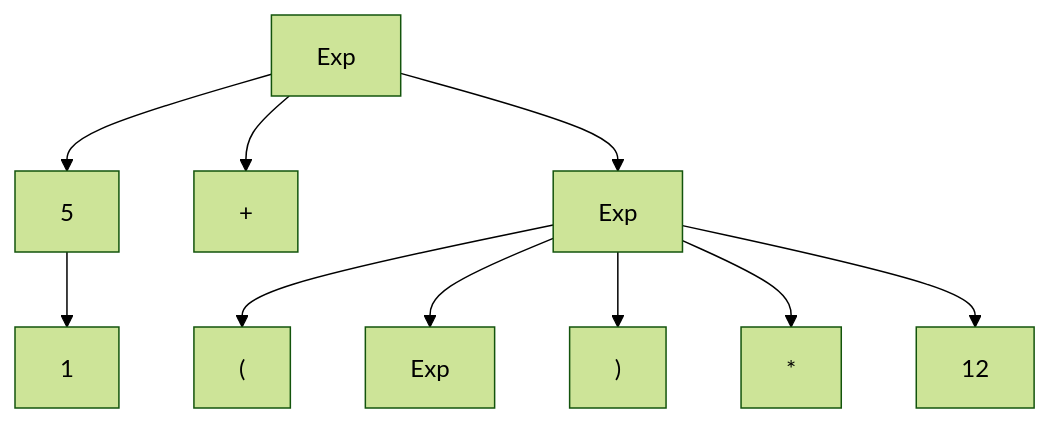
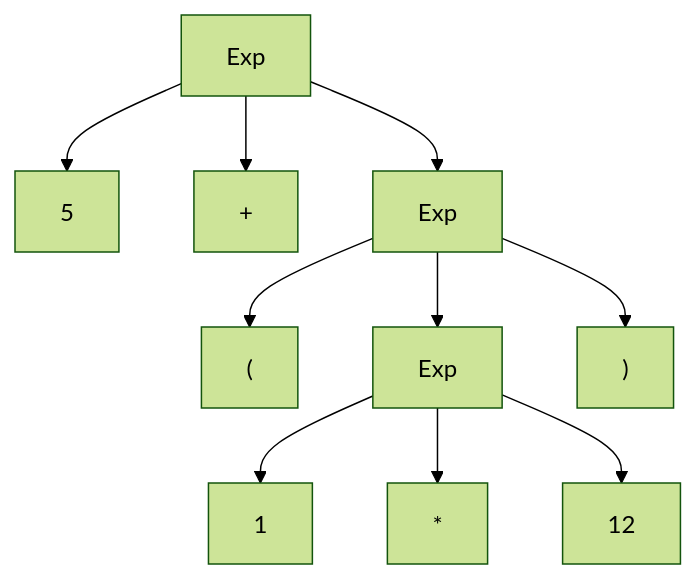
One commit to trshant-sugoi/stackedit changed the second of 3 diagrams in drafts/2019-02-25-Compiler-I-AST.md. Above: the diagram before and after it, drawn with Mermaid (forest theme). The commit also changed other lines of this file, not shown here.

````diff
--- a/drafts/2019-02-25-Compiler-I-AST.md
+++ b/drafts/2019-02-25-Compiler-I-AST.md
@@ -45,13 +46,13 @@
 	```mermaid
 	graph TD
 		A1["Exp"]
 		A1-->A[5]
 		A1-->B["+"]
 		A1-->A2[Exp]
 		A2-->C["("]
 		A2-->A3["Exp"]
 		A2-->G[")"]
-		A-->D[1]
-		A2-->E["*"]
-		A2-->F[12]
+		A3-->D[1]
+		A3-->E["*"]
+		A3-->F[12]
 	```
````
